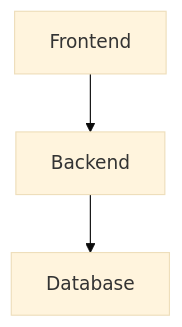
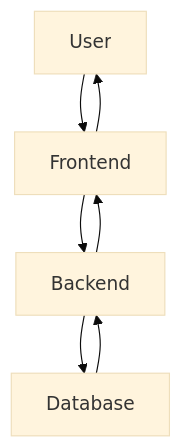
The first of 2 diagrams in README.md (software-development-project-1/project-template), drawn with Mermaid (base theme) before and after one commit.

````diff
--- a/README.md
+++ b/README.md
@@ -58,5 +58,9 @@
   ```mermaid
 graph TD;
+    User --> Frontend;
     Frontend --> Backend;
     Backend --> Database;
+    Database --> Backend;
+    Backend --> Frontend;
+    Frontend --> User;
 ```
````
